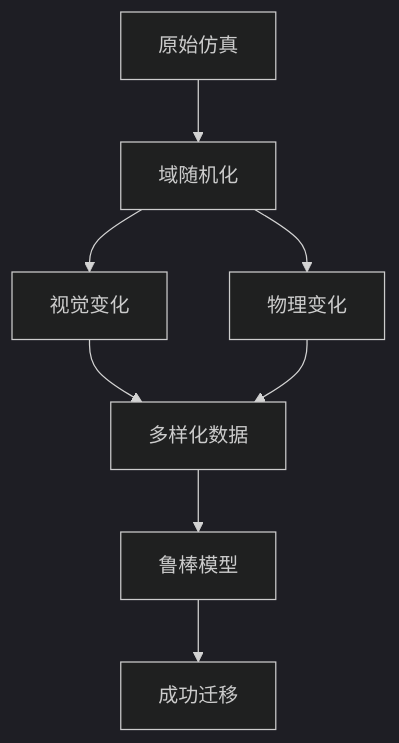
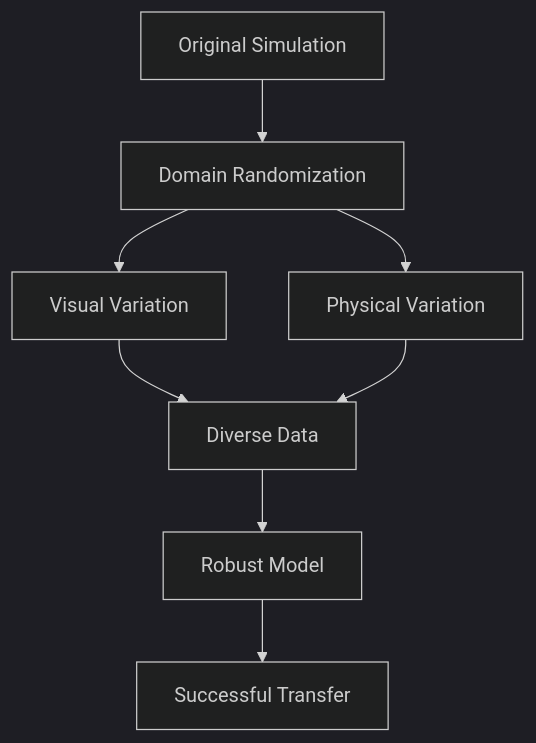
Before and after one commit to TATP-233/DISCOVERSE-doc: the diagram in docs/tutorials/data-generation/domain-randomization.md, drawn with Mermaid (dark theme). The commit also changed other lines of this file and 54 other files, not shown here.

````diff
--- a/docs/tutorials/data-generation/domain-randomization.md
+++ b/docs/tutorials/data-generation/domain-randomization.md
@@ -24,10 +20,10 @@
 ```mermaid
 graph TD
-    A[原始仿真] --> B[域随机化]
-    B --> C[视觉变化]
-    B --> D[物理变化]
-    C --> E[多样化数据]
+    A[Original Simulation] --> B[Domain Randomization]
+    B --> C[Visual Variation]
+    B --> D[Physical Variation]
+    C --> E[Diverse Data]
     D --> E
-    E --> F[鲁棒模型]
-    F --> G[成功迁移]
+    E --> F[Robust Model]
+    F --> G[Successful Transfer]
 ```
````
